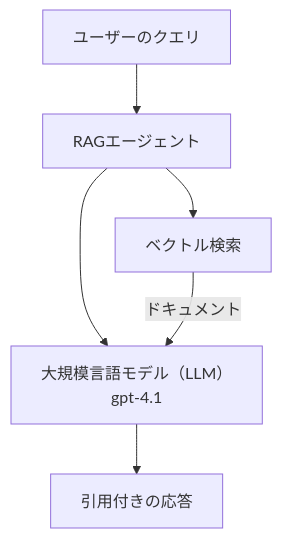
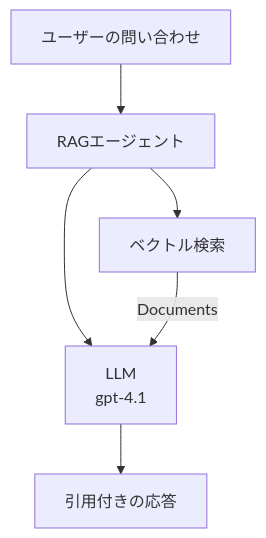
Before and after one commit to microsoft/AZD-for-beginners: the second of 3 diagrams in translations/ja/docs/chapter-02-ai-development/agents.md, drawn with Mermaid. The commit also changed other lines of this file and 60 other files, not shown here.

````diff
--- a/translations/ja/docs/chapter-02-ai-development/agents.md
+++ b/translations/ja/docs/chapter-02-ai-development/agents.md
@@ -181,8 +181,8 @@
 ```mermaid
 graph TD
-    Query[ユーザーのクエリ] --> RAG[RAGエージェント]
+    Query[ユーザーの問い合わせ] --> RAG[RAGエージェント]
     RAG --> Vector[ベクトル検索]
-    RAG --> LLM[大規模言語モデル（LLM）<br/>gpt-4.1]
-    Vector -- ドキュメント --> LLM
+    RAG --> LLM[LLM<br/>gpt-4.1]
+    Vector -- Documents --> LLM
     LLM --> Response[引用付きの応答]
 ```
````
